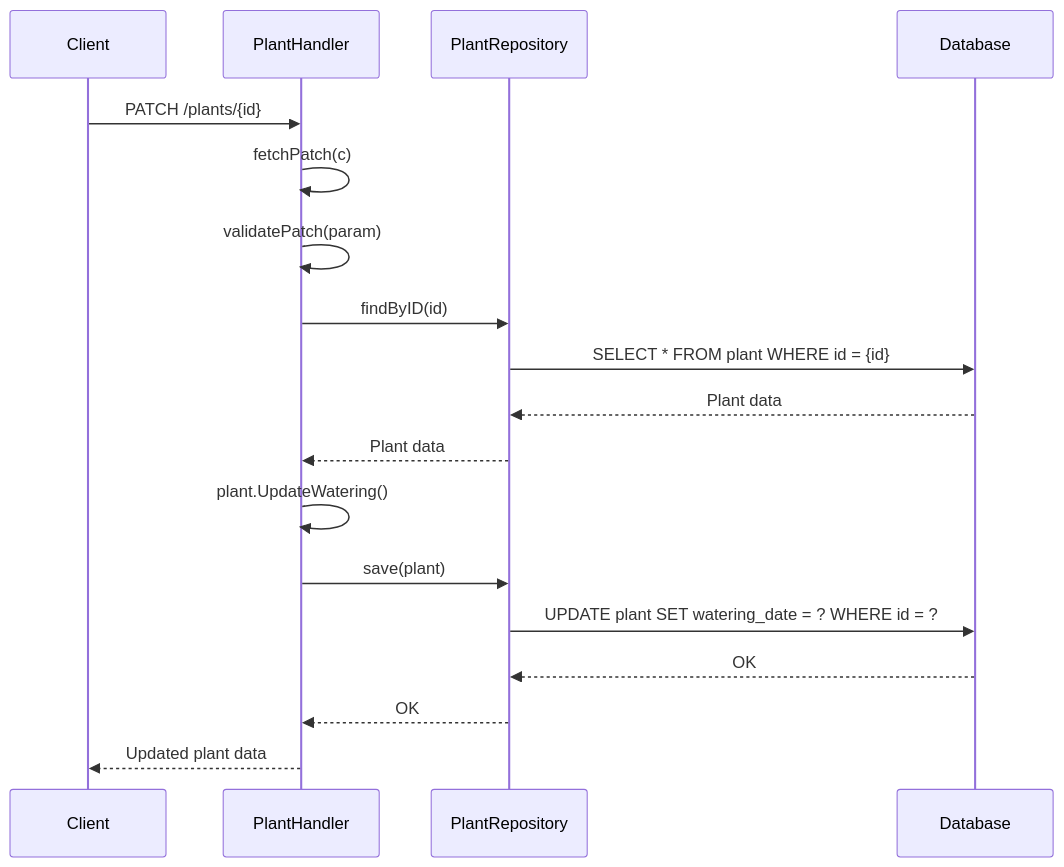
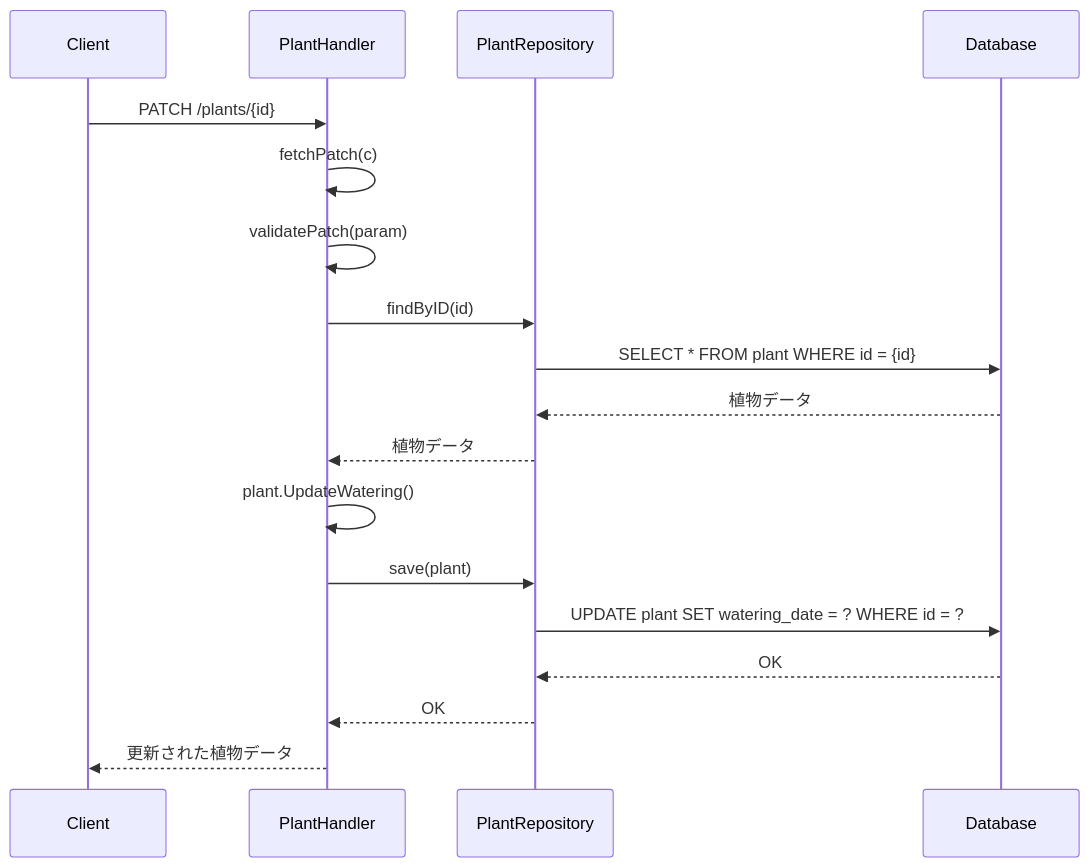
One commit to tky1645/agent-test changed the seventh of 8 diagrams in README.md. Above: the diagram before and after it, drawn with Mermaid. The commit also changed other lines of this file, not shown here.

````diff
--- a/README.md
+++ b/README.md
@@ -252,21 +252,21 @@
 ```mermaid
 sequenceDiagram
-    participant Client
-    participant PlantHandler
-    participant PlantRepository
-    participant Database
+    participant クライアント as Client
+    participant 植物ハンドラー as PlantHandler
+    participant 植物リポジトリ as PlantRepository
+    participant データベース as Database
 
-    Client->>PlantHandler: PATCH /plants/{id}
-    PlantHandler->>PlantHandler: fetchPatch(c)
-    PlantHandler->>PlantHandler: validatePatch(param)
-    PlantHandler->>PlantRepository: findByID(id)
-    PlantRepository->>Database: SELECT * FROM plant WHERE id = {id}
-    Database-->>PlantRepository: Plant data
-    PlantRepository-->>PlantHandler: Plant data
-    PlantHandler->>PlantHandler: plant.UpdateWatering()
-    PlantHandler->>PlantRepository: save(plant)
-    PlantRepository->>Database: UPDATE plant SET watering_date = ? WHERE id = ?
-    Database-->>PlantRepository: OK
-    PlantRepository-->>PlantHandler: OK
-    PlantHandler-->>Client: Updated plant data
+    クライアント->>植物ハンドラー: PATCH /plants/{id}
+    植物ハンドラー->>植物ハンドラー: fetchPatch(c)
+    植物ハンドラー->>植物ハンドラー: validatePatch(param)
+    植物ハンドラー->>植物リポジトリ: findByID(id)
+    植物リポジトリ->>データベース: SELECT * FROM plant WHERE id = {id}
+    データベース-->>植物リポジトリ: 植物データ
+    植物リポジトリ-->>植物ハンドラー: 植物データ
+    植物ハンドラー->>植物ハンドラー: plant.UpdateWatering()
+    植物ハンドラー->>植物リポジトリ: save(plant)
+    植物リポジトリ->>データベース: UPDATE plant SET watering_date = ? WHERE id = ?
+    データベース-->>植物リポジトリ: OK
+    植物リポジトリ-->>植物ハンドラー: OK
+    植物ハンドラー-->>クライアント: 更新された植物データ
 ```
````
